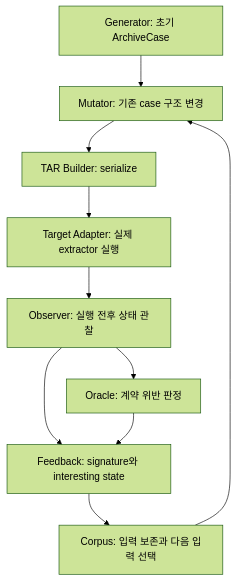
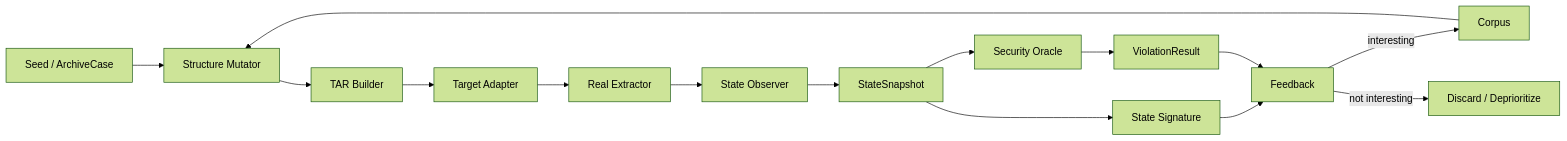
One commit to TheWaitForAGI/InodeFence changed the second of 10 diagrams in docs/research/design/architecture.md. Above: the diagram before and after it, drawn with Mermaid (forest theme). The commit also changed other lines of this file and 6 other files, not shown here.

Commit message:
docs: deepen system architecture and evidence flow

````diff
--- a/docs/research/design/architecture.md
+++ b/docs/research/design/architecture.md
@@ -37,12 +142,17 @@
-```mermaid
-flowchart TD
-    G["Generator: 초기 ArchiveCase"] --> M["Mutator: 기존 case 구조 변경"]
-    M --> B["TAR Builder: serialize"]
-    B --> T["Target Adapter: 실제 extractor 실행"]
-    T --> O["Observer: 실행 전후 상태 관찰"]
-    O --> Q["Oracle: 계약 위반 판정"]
-    O --> F["Feedback: signature와 interesting state"]
-    Q --> F
-    F --> C["Corpus: 입력 보존과 다음 입력 선택"]
+~~~mermaid
+flowchart LR
+    S["Seed / ArchiveCase"] --> M["Structure Mutator"]
+    M --> B["TAR Builder"]
+    B --> T["Target Adapter"]
+    T --> X["Real Extractor"]
+    X --> O["State Observer"]
+    O --> SS["StateSnapshot"]
+    SS --> Q["Security Oracle"]
+    SS --> SG["State Signature"]
+    Q --> VR["ViolationResult"]
+    SG --> F["Feedback"]
+    VR --> F
+    F -->|interesting| C["Corpus"]
     C --> M
-```
+    F -->|not interesting| D["Discard / Deprioritize"]
+~~~
````
